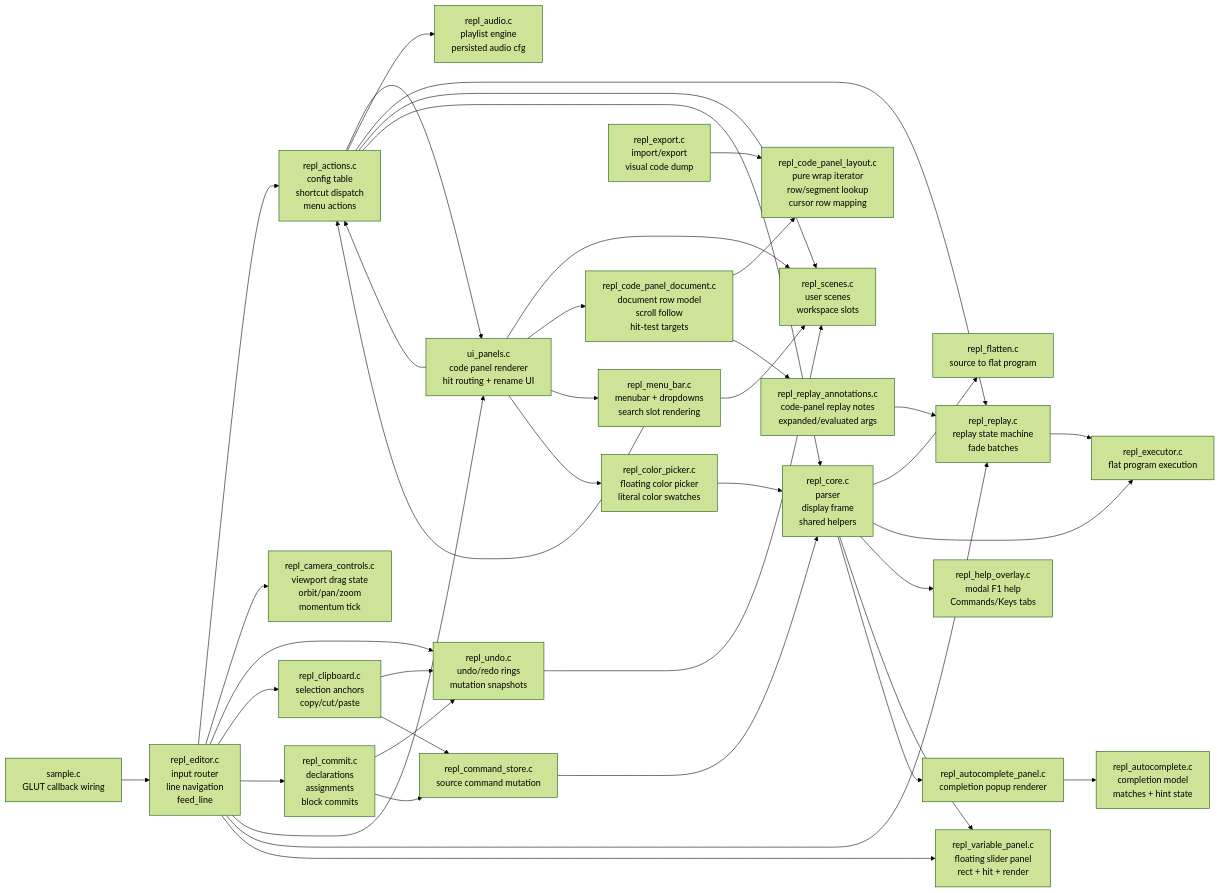
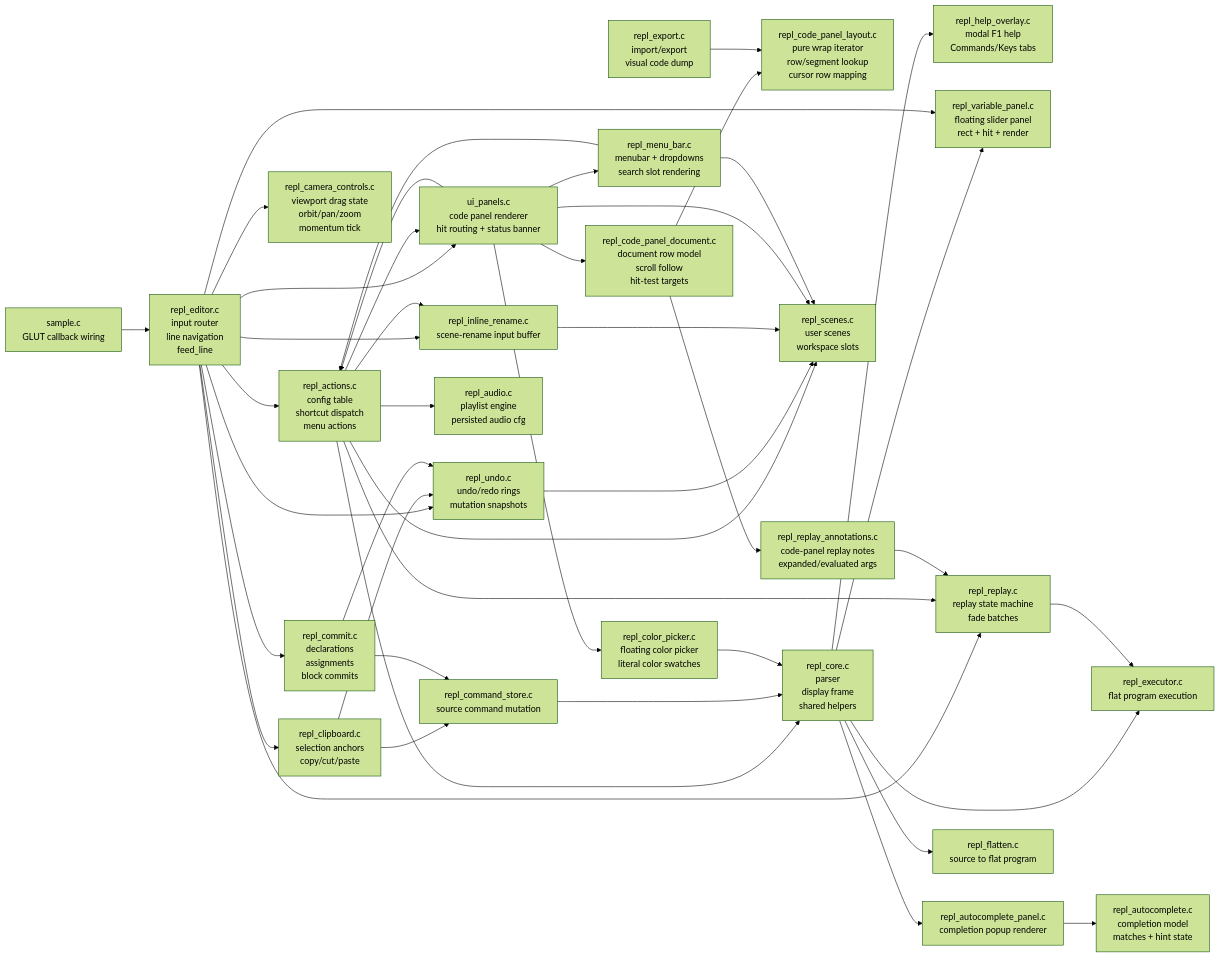
Before and after one commit to drewwoods/gl-repl: the diagram in REPL_REFACTOR_MAP.md, drawn with Mermaid (forest theme). The commit also changed 12 other files, not shown here.

First line of the commit message:
refactor: extract inline scene rename

````diff
--- a/REPL_REFACTOR_MAP.md
+++ b/REPL_REFACTOR_MAP.md
@@ -7,73 +7,77 @@
 ```mermaid
 flowchart LR
     sample["sample.c<br/>GLUT callback wiring"]
     editor["repl_editor.c<br/>input router<br/>line navigation<br/>feed_line"]
 
     actions["repl_actions.c<br/>config table<br/>shortcut dispatch<br/>menu actions"]
     camera["repl_camera_controls.c<br/>viewport drag state<br/>orbit/pan/zoom<br/>momentum tick"]
     undo["repl_undo.c<br/>undo/redo rings<br/>mutation snapshots"]
     clipboard["repl_clipboard.c<br/>selection anchors<br/>copy/cut/paste"]
     commit["repl_commit.c<br/>declarations<br/>assignments<br/>block commits"]
     store["repl_command_store.c<br/>source command mutation"]
 
-    ui["ui_panels.c<br/>code panel renderer<br/>hit routing + rename UI"]
+    ui["ui_panels.c<br/>code panel renderer<br/>hit routing + status banner"]
     layout["repl_code_panel_layout.c<br/>pure wrap iterator<br/>row/segment lookup<br/>cursor row mapping"]
     docrows["repl_code_panel_document.c<br/>document row model<br/>scroll follow<br/>hit-test targets"]
     menu["repl_menu_bar.c<br/>menubar + dropdowns<br/>search slot rendering"]
     color["repl_color_picker.c<br/>floating color picker<br/>literal color swatches"]
     help["repl_help_overlay.c<br/>modal F1 help<br/>Commands/Keys tabs"]
     varpanel["repl_variable_panel.c<br/>floating slider panel<br/>rect + hit + render"]
     acmodel["repl_autocomplete.c<br/>completion model<br/>matches + hint state"]
     acpanel["repl_autocomplete_panel.c<br/>completion popup renderer"]
+    rename["repl_inline_rename.c<br/>scene-rename input buffer"]
     replay_ann["repl_replay_annotations.c<br/>code-panel replay notes<br/>expanded/evaluated args"]
     export["repl_export.c<br/>import/export<br/>visual code dump"]
     audio["repl_audio.c<br/>playlist engine<br/>persisted audio cfg"]
     replay["repl_replay.c<br/>replay state machine<br/>fade batches"]
     scenes["repl_scenes.c<br/>user scenes<br/>workspace slots"]
     core["repl_core.c<br/>parser<br/>display frame<br/>shared helpers"]
     flatten["repl_flatten.c<br/>source to flat program"]
     exec["repl_executor.c<br/>flat program execution"]
 
     sample --> editor
     editor --> actions
     editor --> camera
     editor --> undo
     editor --> clipboard
     editor --> commit
     editor --> ui
     editor --> replay
 
     actions --> ui
     actions --> audio
     actions --> replay
     actions --> scenes
     actions --> core
 
     clipboard --> undo
     clipboard --> store
     commit --> undo
     commit --> store
     undo --> scenes
     store --> core
 
     core --> flatten
     core --> exec
     core --> help
     core --> varpanel
     core --> acpanel
     editor --> varpanel
+    editor --> rename
+    actions --> rename
     acpanel --> acmodel
+    rename --> scenes
     replay --> exec
     ui --> actions
     ui --> scenes
     ui --> docrows
     ui --> menu
     ui --> color
     docrows --> layout
     docrows --> replay_ann
     replay_ann --> replay
     menu --> actions
     menu --> scenes
     color --> core
     export --> layout
 ```
````
